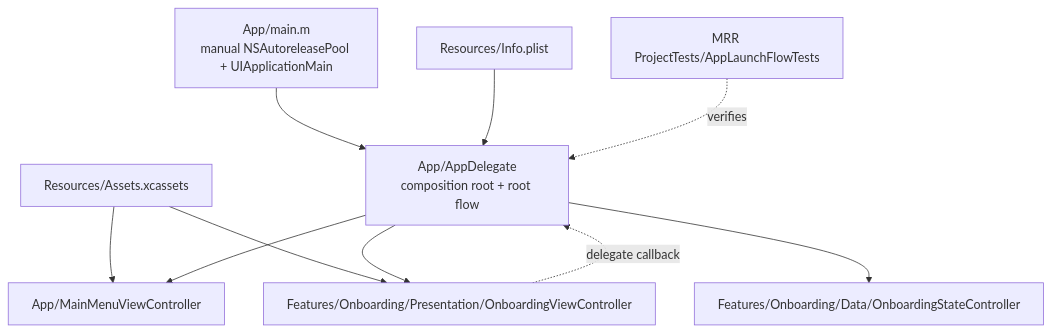
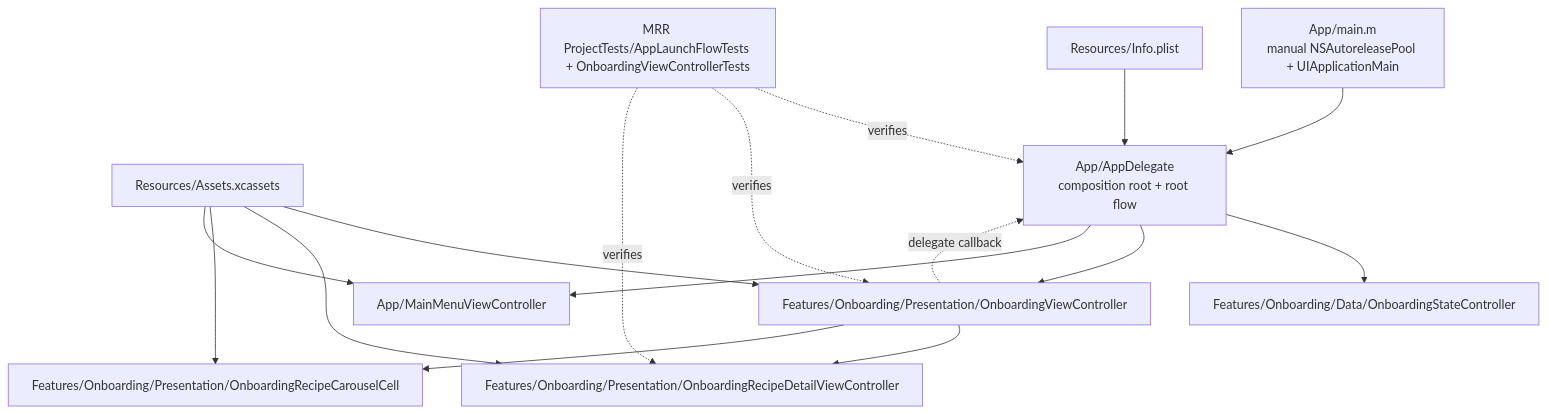
The first of 6 diagrams in ARCHITECTURE.md (bengidev/ios_mrr_learning_project), drawn with Mermaid before and after one commit. The commit also changed other lines of this file and 5 other files, not shown here.

Commit message:
Update onboarding carousel backdrop and docs

````diff
--- a/ARCHITECTURE.md
+++ b/ARCHITECTURE.md
@@ -24,21 +28,29 @@
 ```mermaid
 flowchart TB
   main["App/main.m<br/>manual NSAutoreleasePool + UIApplicationMain"]
   plist["Resources/Info.plist"]
   assets["Resources/Assets.xcassets"]
   app["App/AppDelegate<br/>composition root + root flow"]
   onboardingState["Features/Onboarding/Data/OnboardingStateController"]
   onboardingVC["Features/Onboarding/Presentation/OnboardingViewController"]
+  onboardingDetailVC["Features/Onboarding/Presentation/OnboardingRecipeDetailViewController"]
+  carouselCell["Features/Onboarding/Presentation/OnboardingRecipeCarouselCell"]
   mainMenuVC["App/MainMenuViewController"]
-  tests["MRR ProjectTests/AppLaunchFlowTests"]
+  tests["MRR ProjectTests/AppLaunchFlowTests + OnboardingViewControllerTests"]
 
   main --> app
   plist --> app
   assets --> onboardingVC
+  assets --> onboardingDetailVC
+  assets --> carouselCell
   assets --> mainMenuVC
   app --> onboardingState
   app --> onboardingVC
+  onboardingVC --> onboardingDetailVC
+  onboardingVC --> carouselCell
   onboardingVC -.delegate callback.-> app
   app --> mainMenuVC
   tests -.verifies.-> app
+  tests -.verifies.-> onboardingVC
+  tests -.verifies.-> onboardingDetailVC
 ```
````
